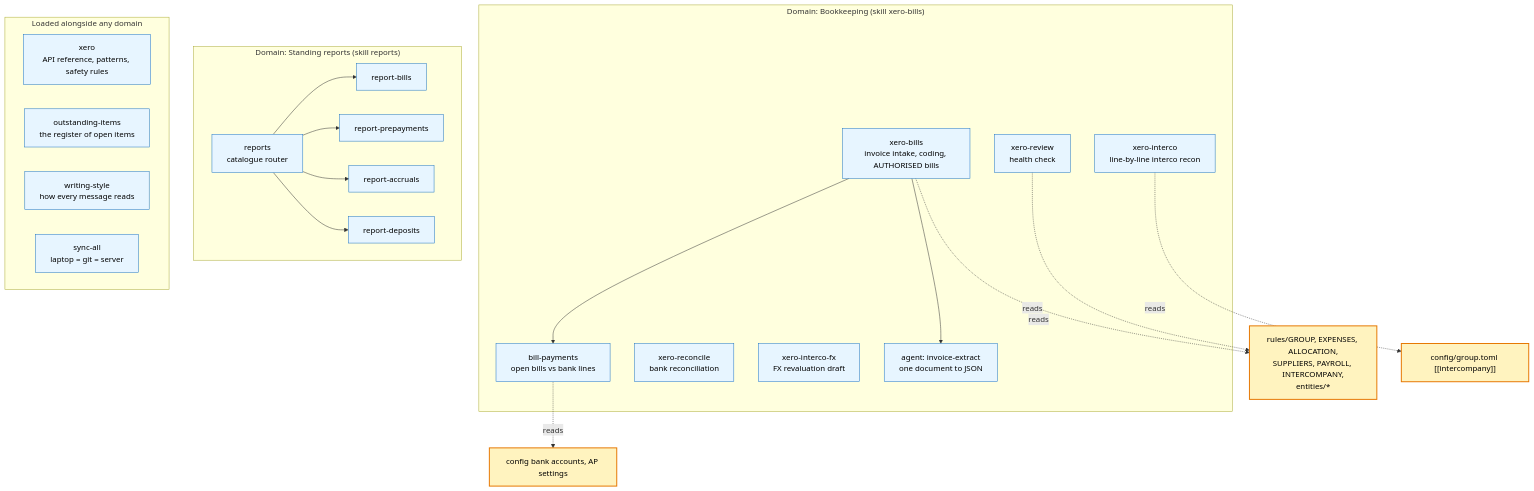
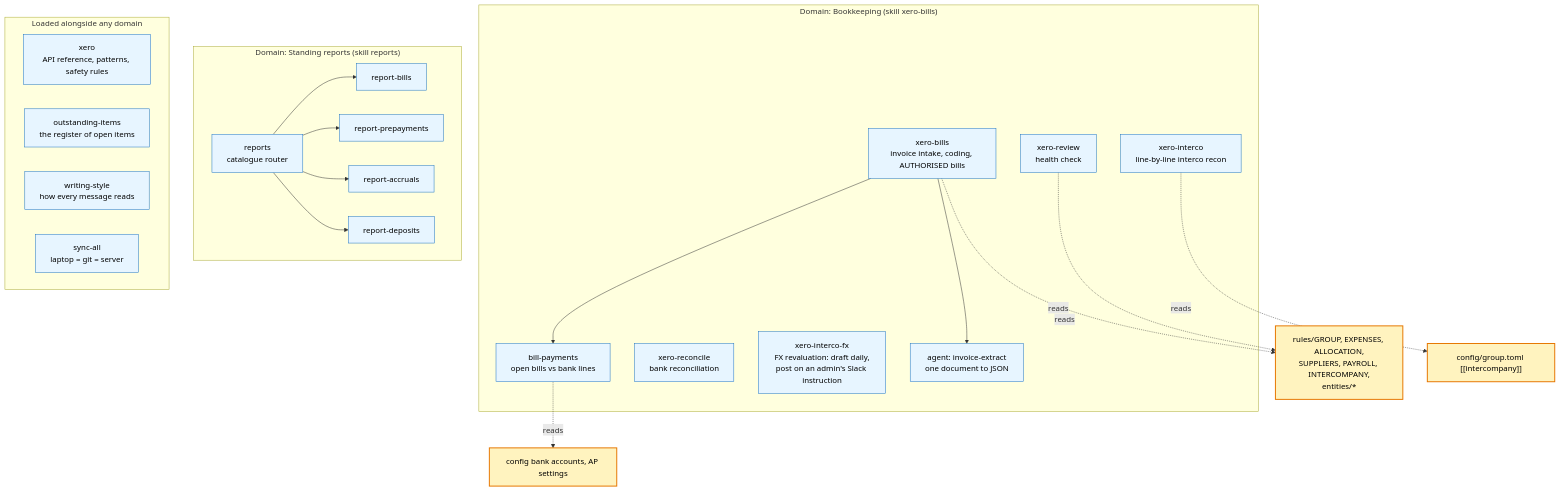
One commit to Jean-lucW/accounting-agent changed the third of 10 diagrams in ARCHITECTURE.md. Above: the diagram before and after it, drawn with Mermaid. The commit also changed other lines of this file and 16 other files, not shown here.

````diff
--- a/ARCHITECTURE.md
+++ b/ARCHITECTURE.md
@@ -152,39 +152,39 @@
 ```mermaid
 flowchart TB
     subgraph BK["Domain: Bookkeeping (skill xero-bills)"]
         XB["xero-bills<br/>invoice intake, coding, AUTHORISED bills"]:::code
         BP["bill-payments<br/>open bills vs bank lines"]:::code
         XR["xero-reconcile<br/>bank reconciliation"]:::code
         XV["xero-review<br/>health check"]:::code
         XI["xero-interco<br/>line-by-line interco recon"]:::code
-        XF["xero-interco-fx<br/>FX revaluation draft"]:::code
+        XF["xero-interco-fx<br/>FX revaluation: draft daily,<br/>post on an admin's Slack instruction"]:::code
         IE["agent: invoice-extract<br/>one document to JSON"]:::code
     end
 
     subgraph RP["Domain: Standing reports (skill reports)"]
         RC["reports<br/>catalogue router"]:::code
         RB["report-bills"]:::code
         RPP["report-prepayments"]:::code
         RA["report-accruals"]:::code
         RD["report-deposits"]:::code
     end
 
     subgraph ALL["Loaded alongside any domain"]
         X["xero<br/>API reference, patterns, safety rules"]:::code
         OI["outstanding-items<br/>the register of open items"]:::code
         WS["writing-style<br/>how every message reads"]:::code
         SA["sync-all<br/>laptop = git = server"]:::code
     end
 
     XB --> IE
     XB --> BP
     RC --> RB & RPP & RA & RD
 
     XB -.reads.-> RULESX["rules/GROUP, EXPENSES, ALLOCATION,<br/>SUPPLIERS, PAYROLL, INTERCOMPANY,<br/>entities/*"]:::you
     XV -.reads.-> RULESX
     XI -.reads.-> CFGX["config/group.toml [[intercompany]]"]:::you
     BP -.reads.-> CFGX2["config bank accounts, AP settings"]:::you
 
     classDef you fill:#fff3bf,stroke:#e67700,stroke-width:2px,color:#000
     classDef code fill:#e7f5ff,stroke:#1971c2,color:#000
 ```
````
